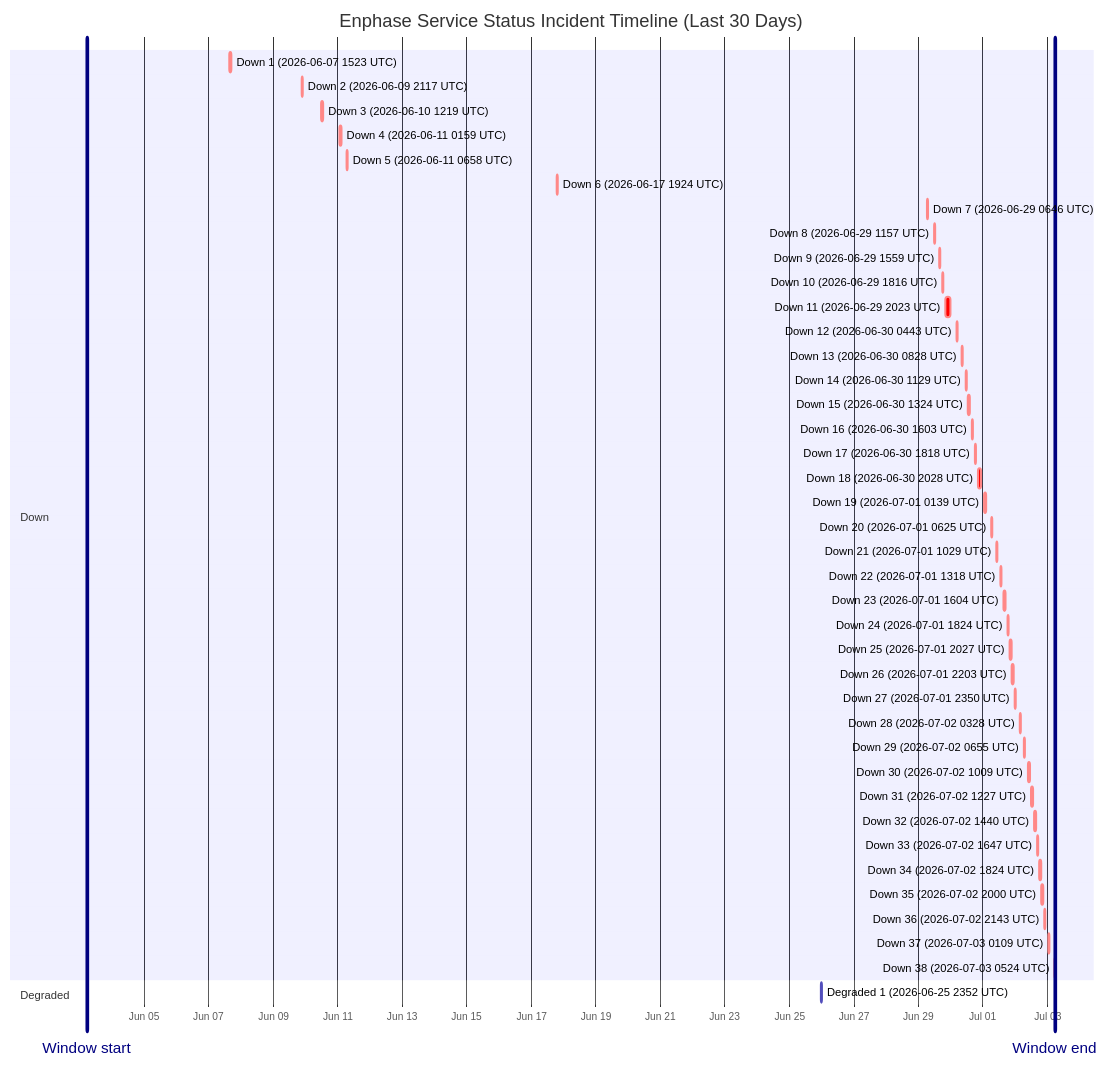
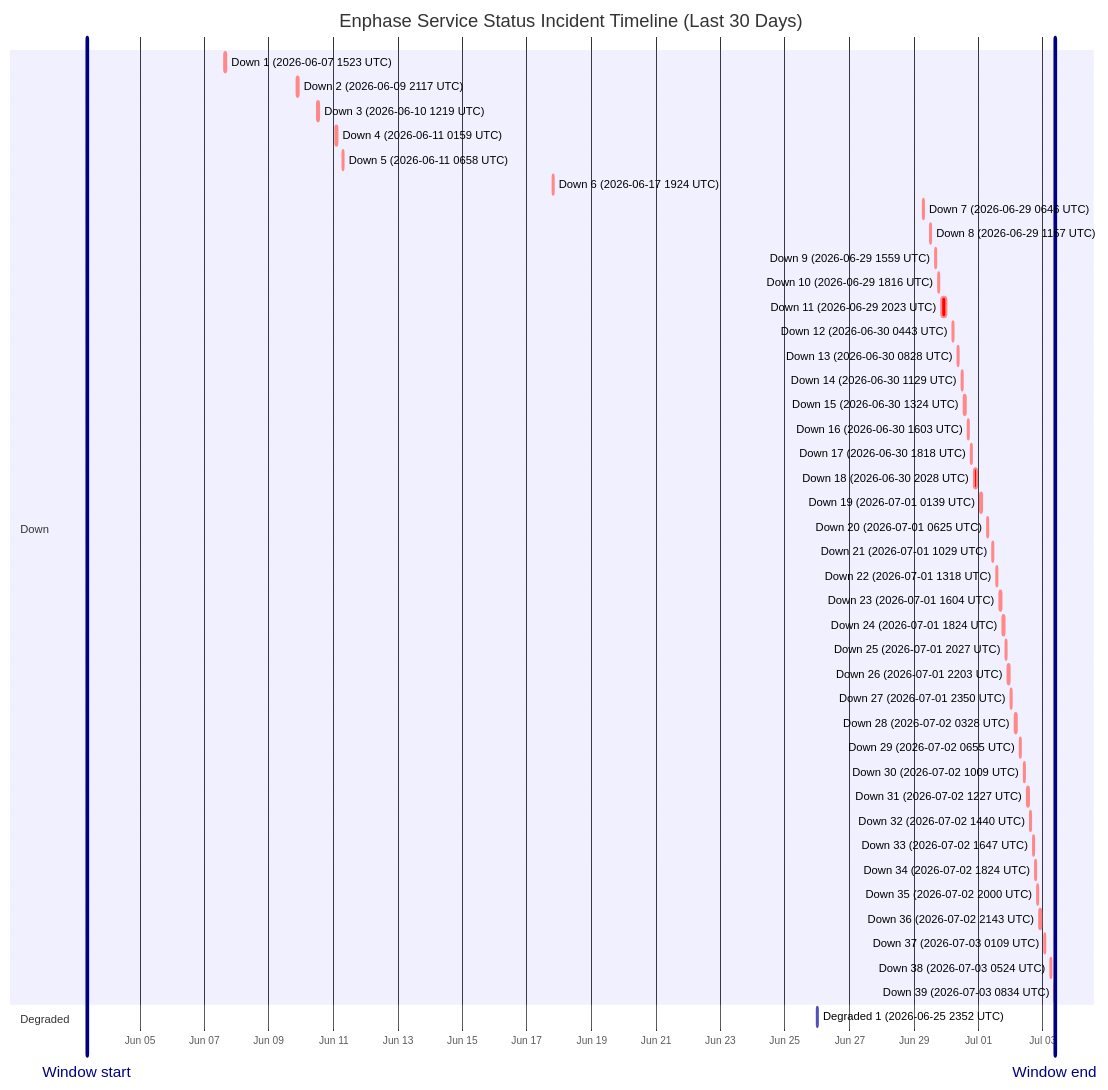
Before and after one commit to barneyonline/ha-enphase-energy: the diagram in wiki/Service-Status-History.md, drawn with Mermaid. The commit also changed other lines of this file and 3 other files, not shown here.

````diff
--- a/wiki/Service-Status-History.md
+++ b/wiki/Service-Status-History.md
@@ -14,49 +14,50 @@
 ```mermaid
 gantt
     title Enphase Service Status Incident Timeline (Last 30 Days)
     dateFormat  YYYY-MM-DDTHH:mm:ss
     axisFormat  %b %d
-    Window start :vert, window-start, 2026-06-03T05:24:23, 0ms
-    Window end :vert, window-end, 2026-07-03T05:24:23, 0ms
+    Window start :vert, window-start, 2026-06-03T08:34:05, 0ms
+    Window end :vert, window-end, 2026-07-03T08:34:05, 0ms
     section Down
     Down 1 (2026-06-07 1523 UTC) :crit, down-1, 2026-06-07T15:23:22, 87m
     Down 2 (2026-06-09 2117 UTC) :crit, down-2, 2026-06-09T21:17:17, 60m
     Down 3 (2026-06-10 1219 UTC) :crit, down-3, 2026-06-10T12:19:21, 60m
     Down 4 (2026-06-11 0159 UTC) :crit, down-4, 2026-06-11T01:59:36, 60m
     Down 5 (2026-06-11 0658 UTC) :crit, down-5, 2026-06-11T06:58:45, 60m
     Down 6 (2026-06-17 1924 UTC) :crit, down-6, 2026-06-17T19:24:51, 60m
     Down 7 (2026-06-29 0646 UTC) :crit, down-7, 2026-06-29T06:46:18, 60m
     Down 8 (2026-06-29 1157 UTC) :crit, down-8, 2026-06-29T11:57:36, 60m
     Down 9 (2026-06-29 1559 UTC) :crit, down-9, 2026-06-29T15:59:02, 60m
     Down 10 (2026-06-29 1816 UTC) :crit, down-10, 2026-06-29T18:16:38, 60m
     Down 11 (2026-06-29 2023 UTC) :crit, down-11, 2026-06-29T20:23:16, 220m
     Down 12 (2026-06-30 0443 UTC) :crit, down-12, 2026-06-30T04:43:54, 60m
     Down 13 (2026-06-30 0828 UTC) :crit, down-13, 2026-06-30T08:28:43, 60m
     Down 14 (2026-06-30 1129 UTC) :crit, down-14, 2026-06-30T11:29:15, 60m
     Down 15 (2026-06-30 1324 UTC) :crit, down-15, 2026-06-30T13:24:25, 60m
     Down 16 (2026-06-30 1603 UTC) :crit, down-16, 2026-06-30T16:03:26, 60m
     Down 17 (2026-06-30 1818 UTC) :crit, down-17, 2026-06-30T18:18:39, 60m
     Down 18 (2026-06-30 2028 UTC) :crit, down-18, 2026-06-30T20:28:54, 171m
     Down 19 (2026-07-01 0139 UTC) :crit, down-19, 2026-07-01T01:39:18, 60m
     Down 20 (2026-07-01 0625 UTC) :crit, down-20, 2026-07-01T06:25:35, 60m
     Down 21 (2026-07-01 1029 UTC) :crit, down-21, 2026-07-01T10:29:24, 60m
     Down 22 (2026-07-01 1318 UTC) :crit, down-22, 2026-07-01T13:18:31, 60m
     Down 23 (2026-07-01 1604 UTC) :crit, down-23, 2026-07-01T16:04:29, 60m
     Down 24 (2026-07-01 1824 UTC) :crit, down-24, 2026-07-01T18:24:21, 60m
     Down 25 (2026-07-01 2027 UTC) :crit, down-25, 2026-07-01T20:27:17, 60m
     Down 26 (2026-07-01 2203 UTC) :crit, down-26, 2026-07-01T22:03:46, 60m
     Down 27 (2026-07-01 2350 UTC) :crit, down-27, 2026-07-01T23:50:52, 60m
     Down 28 (2026-07-02 0328 UTC) :crit, down-28, 2026-07-02T03:28:33, 60m
     Down 29 (2026-07-02 0655 UTC) :crit, down-29, 2026-07-02T06:55:07, 60m
     Down 30 (2026-07-02 1009 UTC) :crit, down-30, 2026-07-02T10:09:15, 60m
     Down 31 (2026-07-02 1227 UTC) :crit, down-31, 2026-07-02T12:27:49, 60m
     Down 32 (2026-07-02 1440 UTC) :crit, down-32, 2026-07-02T14:40:53, 60m
     Down 33 (2026-07-02 1647 UTC) :crit, down-33, 2026-07-02T16:47:47, 60m
     Down 34 (2026-07-02 1824 UTC) :crit, down-34, 2026-07-02T18:24:26, 60m
     Down 35 (2026-07-02 2000 UTC) :crit, down-35, 2026-07-02T20:00:57, 60m
     Down 36 (2026-07-02 2143 UTC) :crit, down-36, 2026-07-02T21:43:52, 80m
     Down 37 (2026-07-03 0109 UTC) :crit, down-37, 2026-07-03T01:09:19, 60m
     Down 38 (2026-07-03 0524 UTC) :crit, down-38, 2026-07-03T05:24:23, 60m
+    Down 39 (2026-07-03 0834 UTC) :crit, down-39, 2026-07-03T08:34:05, 60m
     section Degraded
     Degraded 1 (2026-06-25 2352 UTC) :active, degraded-1, 2026-06-25T23:52:01, 60m
 ```
````
